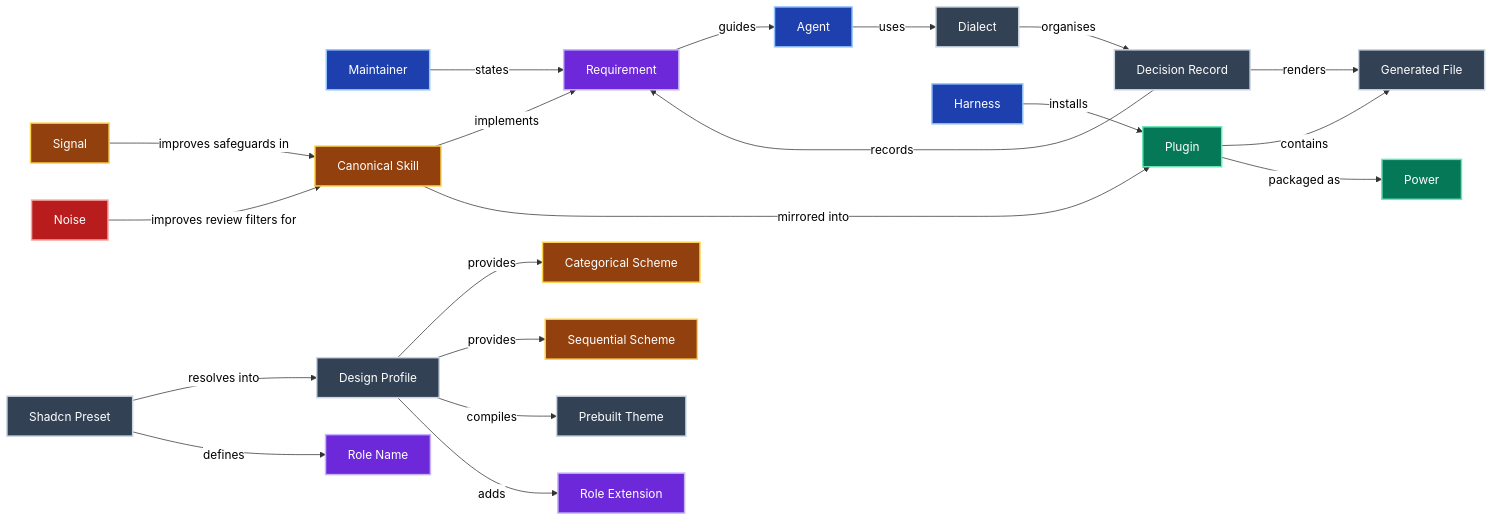
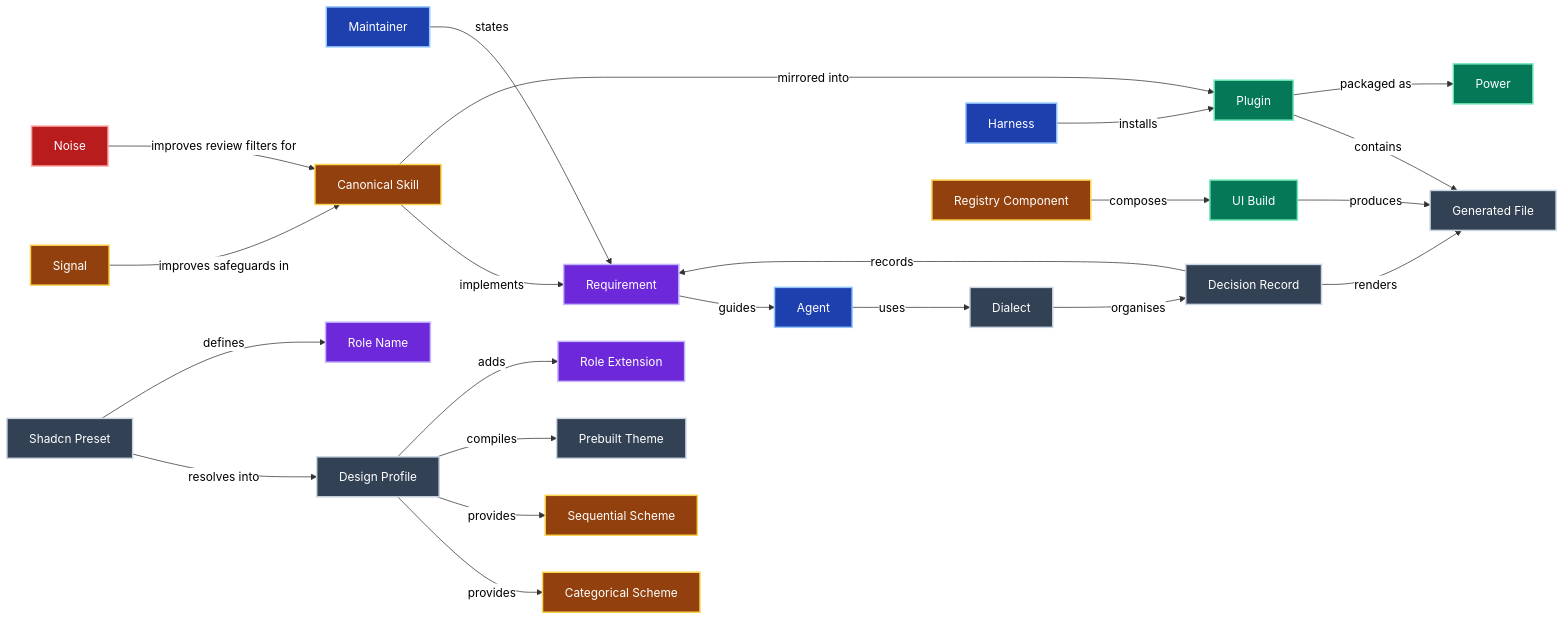
Before and after one commit to jpeakai/skills: the diagram in GLOSSARY.md, drawn with Mermaid. The commit also changed other lines of this file and 25 other files, not shown here.

````diff
--- a/GLOSSARY.md
+++ b/GLOSSARY.md
@@ -8,53 +8,57 @@
 ```mermaid
 ---
 config:
   themeVariables:
     textColor: '#010101'
     edgeLabelBackground: '#ffffff'
 ---
 flowchart LR
     M["Maintainer"]:::people
     R["Requirement"]:::rule
     A["Agent"]:::people
     D["Dialect"]:::record
     DR["Decision Record"]:::record
     CS["Canonical Skill"]:::info
     P["Plugin"]:::pipeline
     GF["Generated File"]:::record
     S["Signal"]:::info
     N["Noise"]:::forbidden
     SP["Shadcn Preset"]:::record
     DP["Design Profile"]:::record
     PT["Prebuilt Theme"]:::record
     CAT["Categorical Scheme"]:::info
     SEQ["Sequential Scheme"]:::info
     RN["Role Name"]:::rule
     RX["Role Extension"]:::rule
     H["Harness"]:::people
     PW["Power"]:::pipeline
+    UB["UI Build"]:::pipeline
+    RC["Registry Component"]:::info
     M -- states --> R
     R -- guides --> A
     A -- uses --> D
     D -- organises --> DR
     DR -->|records| R
     CS -- implements --> R
     CS -- mirrored into --> P
     P -- contains --> GF
     DR -- renders --> GF
     S -- improves safeguards in --> CS
     N -- improves review filters for --> CS
     SP -- resolves into --> DP
     DP -- provides --> CAT
     DP -- provides --> SEQ
     DP -- compiles --> PT
     SP -- defines --> RN
     DP -- adds --> RX
     H -- installs --> P
     P -- packaged as --> PW
+    RC -- composes --> UB
+    UB -- produces --> GF
     classDef people fill:#1e40af,stroke:#93c5fd,color:#fff,stroke-width:2px
     classDef info fill:#92400e,stroke:#fcd34d,color:#fff,stroke-width:2px
     classDef rule fill:#6d28d9,stroke:#c4b5fd,color:#fff,stroke-width:2px
     classDef forbidden fill:#b91c1c,stroke:#fca5a5,color:#fff,stroke-width:2px
     classDef pipeline fill:#047857,stroke:#6ee7b7,color:#fff,stroke-width:2px
     classDef record fill:#334155,stroke:#cbd5e1,color:#fff,stroke-width:2px
 ```
````
